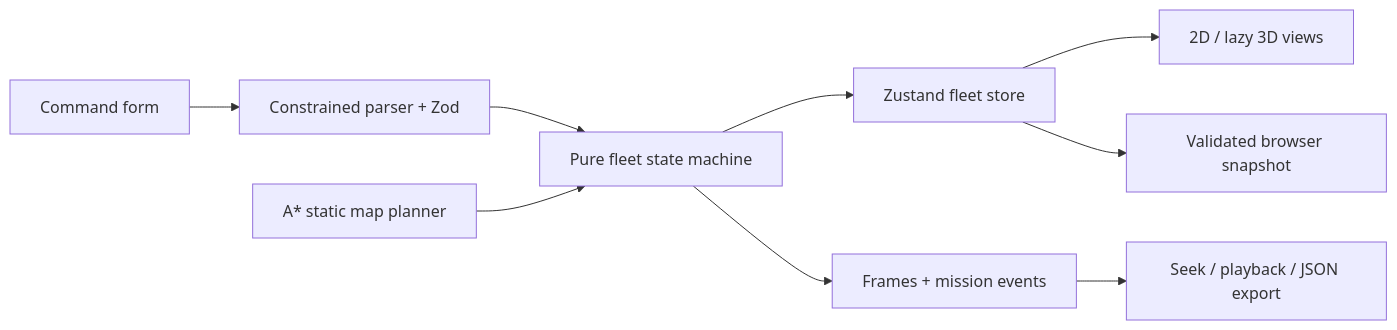
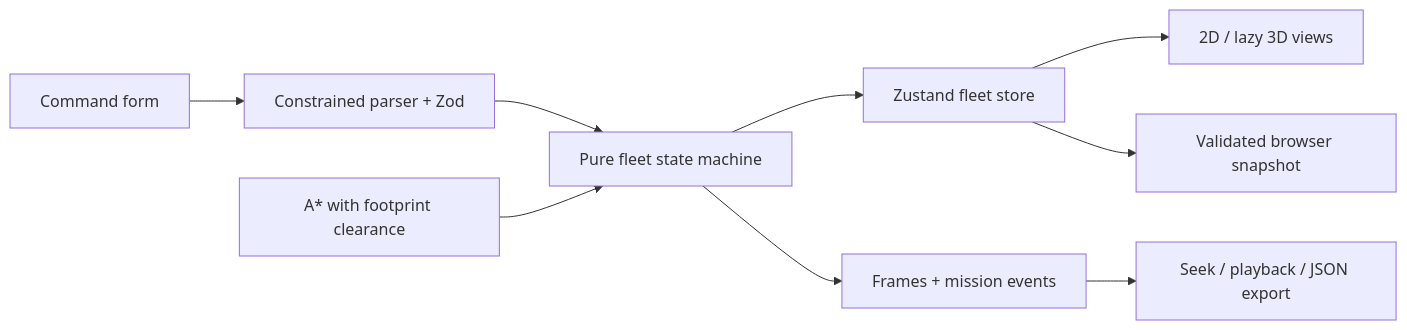
Before and after one commit to Ekanshthegreat/NodeAI-rework: the diagram in docs/ARCHITECTURE.md, drawn with Mermaid. The commit also changed other lines of this file and 6 other files, not shown here.

````diff
--- a/docs/ARCHITECTURE.md
+++ b/docs/ARCHITECTURE.md
@@ -10,11 +10,11 @@
 ```mermaid
 flowchart LR
   UI[Command form] --> Parser[Constrained parser + Zod]
   Parser --> Engine[Pure fleet state machine]
-  Planner[A* static map planner] --> Engine
+  Planner[A* with footprint clearance] --> Engine
   Engine --> Store[Zustand fleet store]
   Store --> Map[2D / lazy 3D views]
   Store --> Storage[Validated browser snapshot]
   Engine --> Recorder[Frames + mission events]
   Recorder --> Replay[Seek / playback / JSON export]
 ```
````
